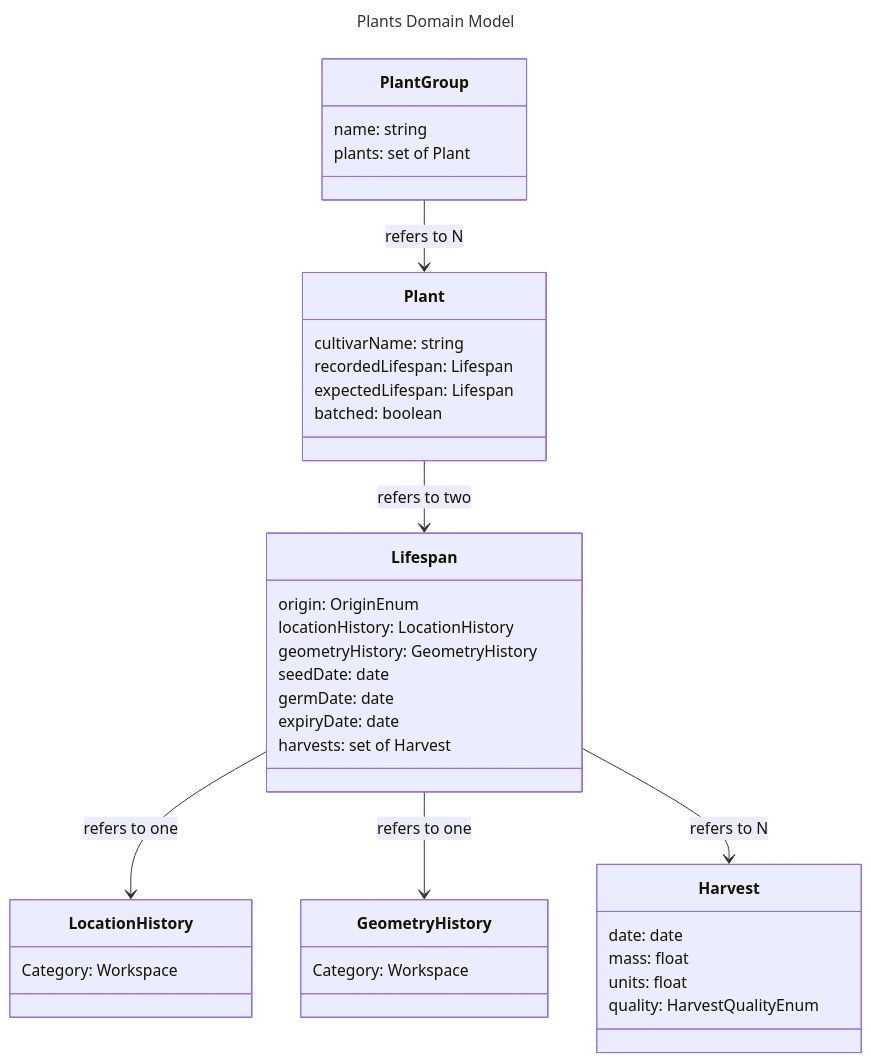
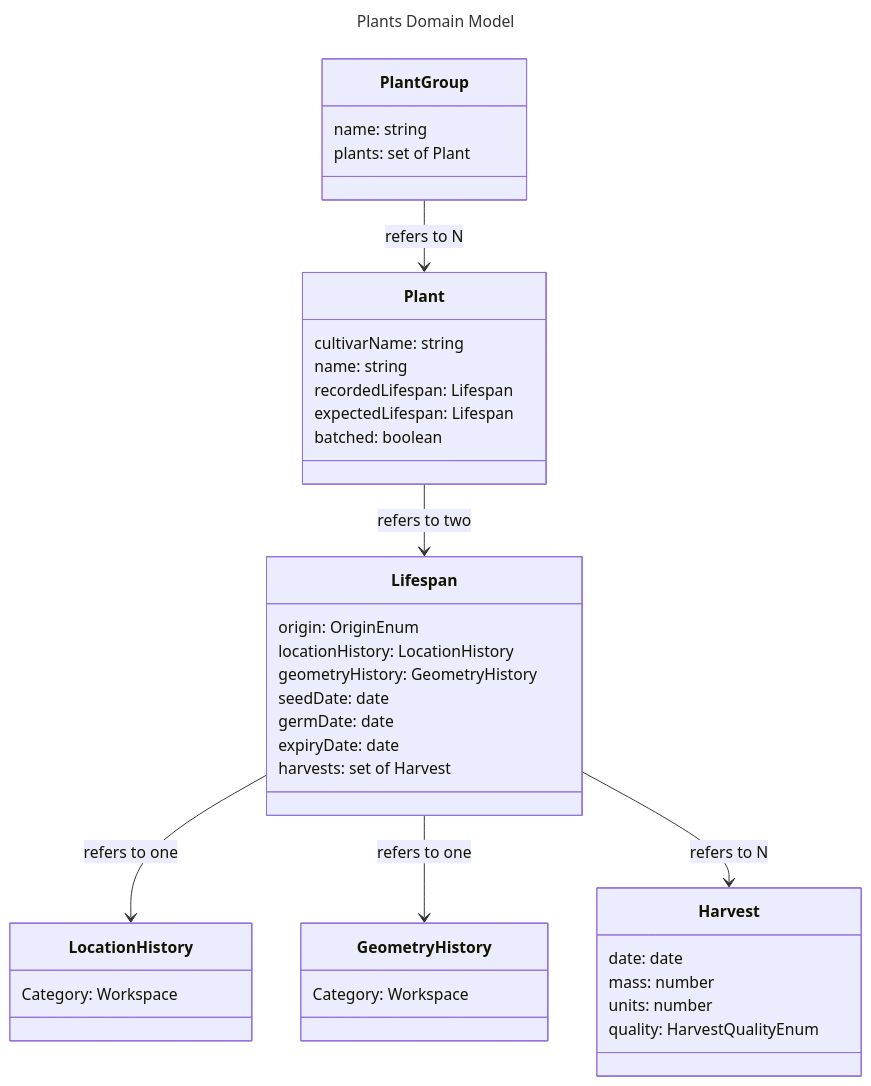
The diagram in docs/plants/models.md (Verdagraph/Webapp), drawn with Mermaid before and after one commit. The commit also changed other lines of this file and 17 other files, not shown here.

````diff
--- a/docs/plants/models.md
+++ b/docs/plants/models.md
@@ -6,44 +6,45 @@
 ```mermaid
 ---
 title: Plants Domain Model
 ---
 classDiagram
 
     Lifespan --> LocationHistory : refers to one
     Lifespan --> GeometryHistory : refers to one
     Lifespan --> Harvest : refers to N
     Plant --> Lifespan : refers to two
     PlantGroup --> Plant : refers to N
 
     class Lifespan{
         origin: OriginEnum
         locationHistory: LocationHistory
         geometryHistory: GeometryHistory
         seedDate: date
         germDate: date
         expiryDate: date
         harvests: set of Harvest
     }
     class Harvest {
         date: date
-        mass: float
-        units: float
+        mass: number
+        units: number
         quality: HarvestQualityEnum
     }
     class Plant {
         cultivarName: string
+        name: string
         recordedLifespan: Lifespan
         expectedLifespan: Lifespan
         batched: boolean
     }
     class PlantGroup {
         name: string
         plants: set of Plant
     }
     class LocationHistory {
         Category: Workspace
     }
     class GeometryHistory {
         Category: Workspace
     }
 ```
````
